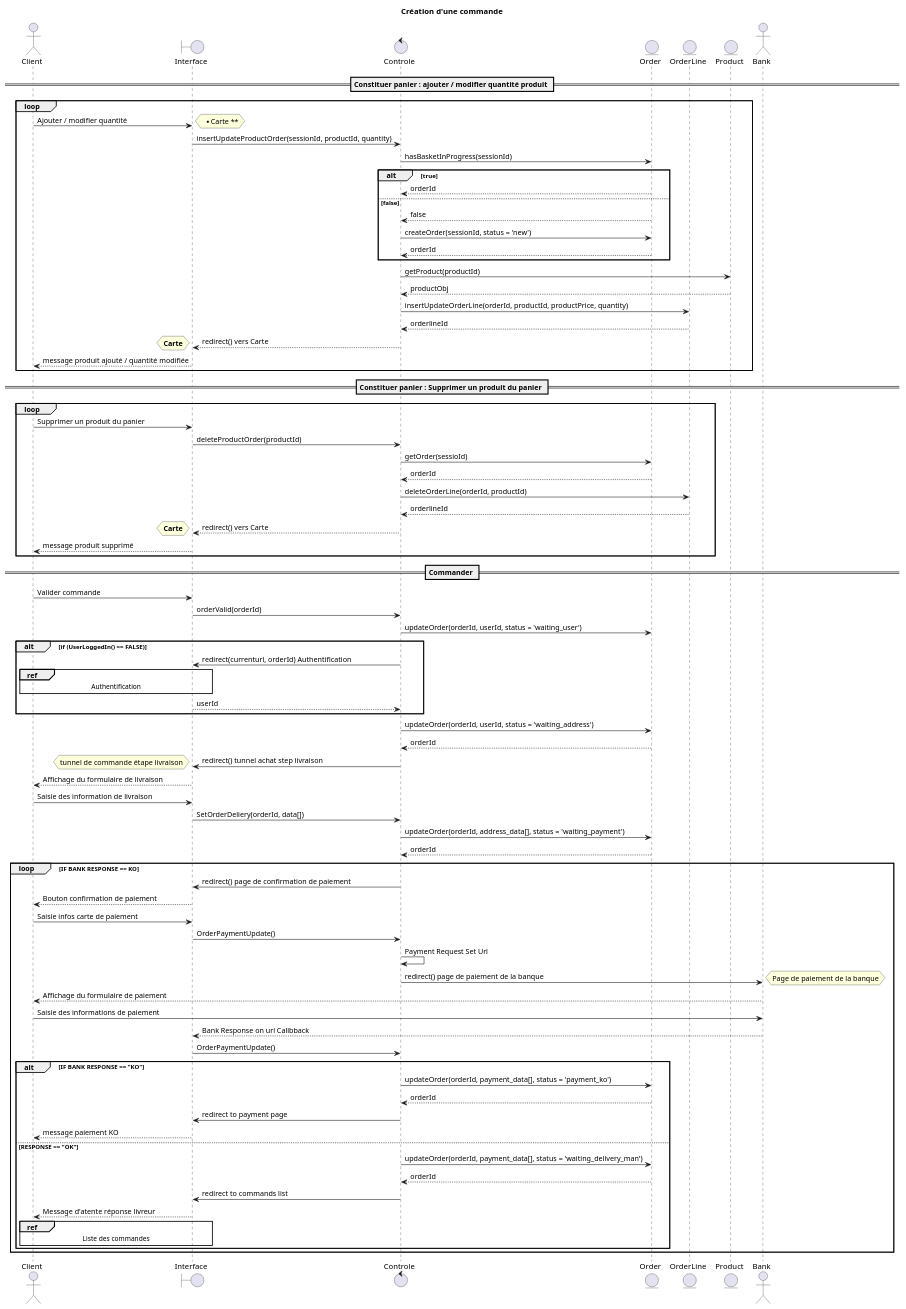
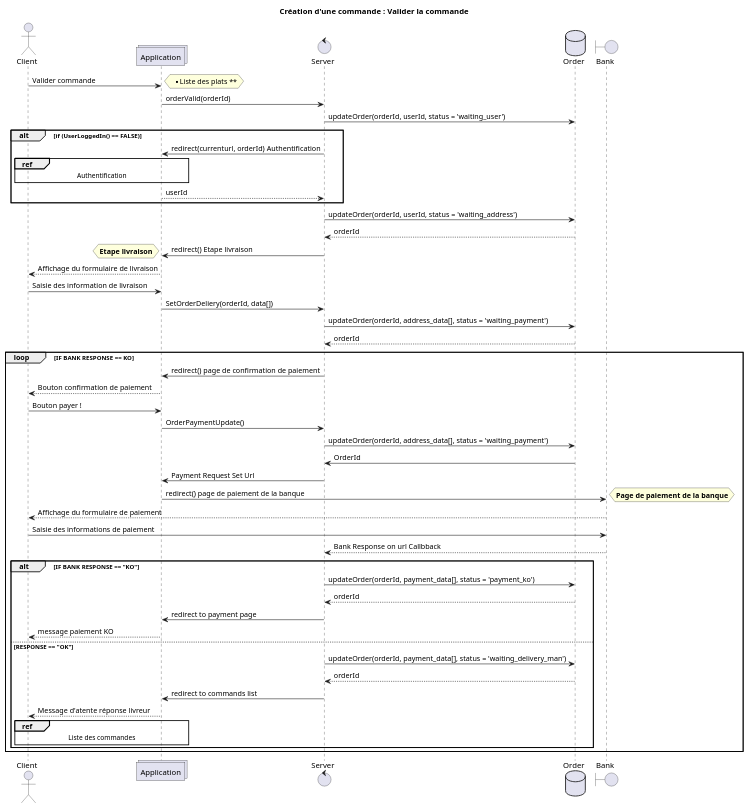
The diagram in uml/sequence-command.plantuml (sjaulin/expressfood), drawn with PlantUML before and after one commit. The commit also changed 5 other files, not shown here.

Commit message:
Cut sequence diagram

```diff
--- a/uml/sequence-command.plantuml
+++ b/uml/sequence-command.plantuml
@@ -1,86 +1,52 @@
 @startuml
-title Création d'une commande
+title Création d'une commande : Valider la commande
 actor Client
-boundary Interface
-control Controle
-entity Order
-entity OrderLine
-entity Product
-actor Bank
-== Constituer panier : ajouter / modifier quantité produit ==
-loop
-Client -> Interface : Ajouter / modifier quantité
-hnote right : ** Carte **
-Interface -> Controle : insertUpdateProductOrder(sessionId, productId, quantity)
-Controle -> Order : hasBasketInProgress(sessionId)
-alt true
-Order --> Controle : orderId
-else false
-Order --> Controle : false
-Controle -> Order : createOrder(sessionId, status = 'new')
-Order --> Controle : orderId
+collections Application
+control Server
+database Order
+boundary Bank
+Client -> Application : Valider commande
+hnote right : ** Liste des plats **
+Application -> Server : orderValid(orderId) 
+Server -> Order : updateOrder(orderId, userId, status = 'waiting_user')
+alt if (UserLoggedIn() == FALSE)
+Server -> Application : redirect(currenturl, orderId) Authentification
+ref over Client, Application : Authentification
+Application --> Server : userId
 end
-Controle -> Product : getProduct(productId)
-Product --> Controle : productObj
-Controle -> OrderLine : insertUpdateOrderLine(orderId, productId, productPrice, quantity)
-OrderLine --> Controle : orderlineId
-Controle --> Interface : redirect() vers Carte
-hnote left: **Carte**
-Interface --> Client : message produit ajouté / quantité modifiée
-end
-== Constituer panier : Supprimer un produit du panier ==
-loop
-Client -> Interface : Supprimer un produit du panier
-Interface -> Controle : deleteProductOrder(productId)
-Controle -> Order : getOrder(sessioId)
-Order -->Controle : orderId
-Controle -> OrderLine : deleteOrderLine(orderId, productId)
-OrderLine --> Controle : orderlineId
-Controle --> Interface : redirect() vers Carte
-hnote left: **Carte**
-Interface --> Client : message produit supprimé
-end 
-== Commander ==
-Client -> Interface : Valider commande
-Interface -> Controle : orderValid(orderId) 
-Controle -> Order : updateOrder(orderId, userId, status = 'waiting_user')
-alt if (UserLoggedIn() == FALSE)
-Controle -> Interface : redirect(currenturl, orderId) Authentification
-ref over Client, Interface : Authentification
-Interface --> Controle : userId
-end
-Controle -> Order : updateOrder(orderId, userId, status = 'waiting_address')
-Order --> Controle : orderId
-Controle -> Interface : redirect() tunnel achat step livraison
-hnote left : tunnel de commande étape livraison
-Interface --> Client : Affichage du formulaire de livraison
-Client -> Interface : Saisie des information de livraison
-Interface -> Controle : SetOrderDeliery(orderId, data[])
-Controle -> Order : updateOrder(orderId, address_data[], status = 'waiting_payment')
-Order --> Controle : orderId
+Server -> Order : updateOrder(orderId, userId, status = 'waiting_address')
+Order --> Server : orderId
+Server -> Application : redirect() Etape livraison
+hnote left : **Etape livraison**
+Application --> Client : Affichage du formulaire de livraison
+Client -> Application : Saisie des information de livraison
+Application -> Server : SetOrderDeliery(orderId, data[])
+Server -> Order : updateOrder(orderId, address_data[], status = 'waiting_payment')
+Order --> Server : orderId
 loop IF BANK RESPONSE == KO
-Controle -> Interface : redirect() page de confirmation de paiement
-Interface --> Client : Bouton confirmation de paiement
-Client -> Interface : Saisie infos carte de paiement
-Interface -> Controle : OrderPaymentUpdate()
-Controle -> Controle : Payment Request Set Url
-Controle -> Bank : redirect() page de paiement de la banque
-hnote right : Page de paiement de la banque
+Server -> Application : redirect() page de confirmation de paiement
+Application --> Client : Bouton confirmation de paiement
+Client -> Application : Bouton payer !
+Application -> Server : OrderPaymentUpdate()
+Server -> Order : updateOrder(orderId, address_data[], status = 'waiting_payment')
+Order -> Server : OrderId
+Server -> Application : Payment Request Set Url
+Application -> Bank : redirect() page de paiement de la banque
+hnote right : **Page de paiement de la banque**
 Bank --> Client : Affichage du formulaire de paiement
 Client -> Bank : Saisie des informations de paiement
-Bank --> Interface : Bank Response on url Callbback
-Interface -> Controle : OrderPaymentUpdate()
+Bank --> Server : Bank Response on url Callbback
 alt IF BANK RESPONSE == "KO" 
-Controle -> Order : updateOrder(orderId, payment_data[], status = 'payment_ko')
-Order --> Controle : orderId
-Controle -> Interface : redirect to payment page
-Interface --> Client : message paiement KO 
+Server -> Order : updateOrder(orderId, payment_data[], status = 'payment_ko')
+Order --> Server : orderId
+Server -> Application : redirect to payment page
+Application --> Client : message paiement KO 
 else RESPONSE == "OK"
-Controle -> Order : updateOrder(orderId, payment_data[], status = 'waiting_delivery_man')
-Order --> Controle : orderId
-Controle -> Interface : redirect to commands list
-Interface --> Client : Message d'atente réponse livreur
-ref over Client, Interface : Liste des commandes
+Server -> Order : updateOrder(orderId, payment_data[], status = 'waiting_delivery_man')
+Order --> Server : orderId
+Server -> Application : redirect to commands list
+Application --> Client : Message d'atente réponse livreur
+ref over Client, Application : Liste des commandes
 end
 end
 @enduml
```
